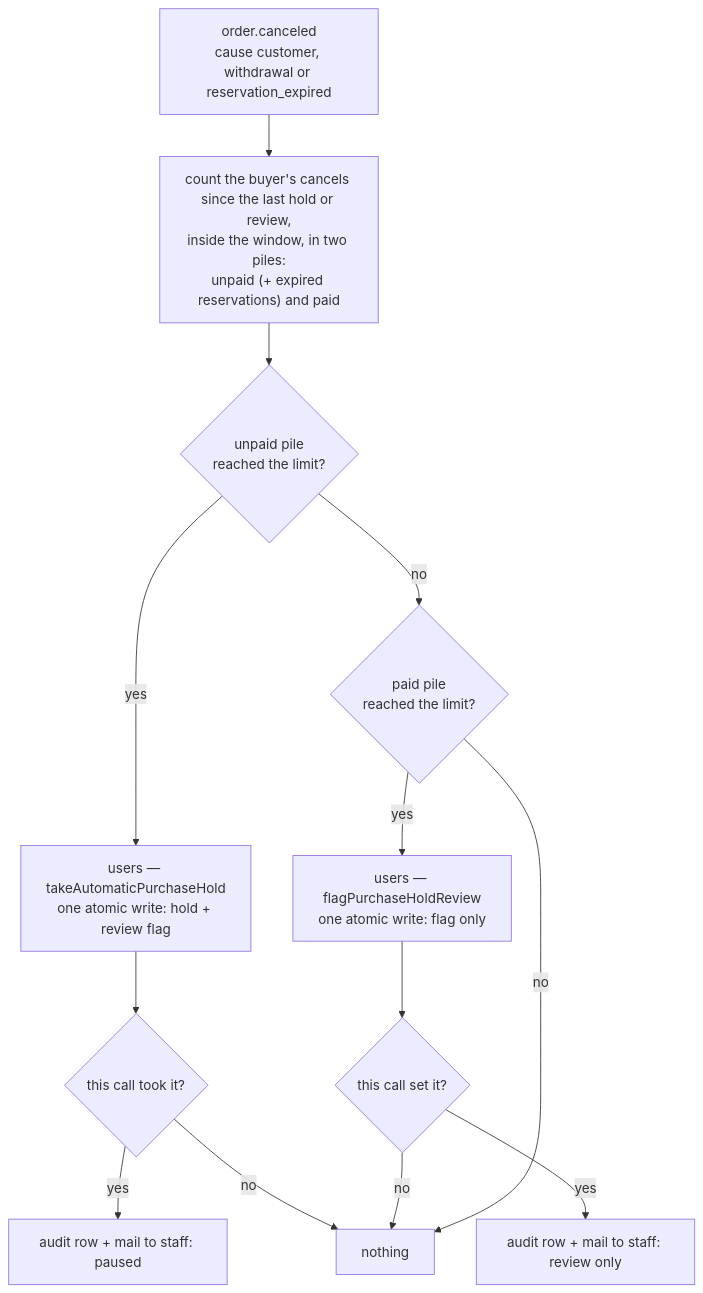
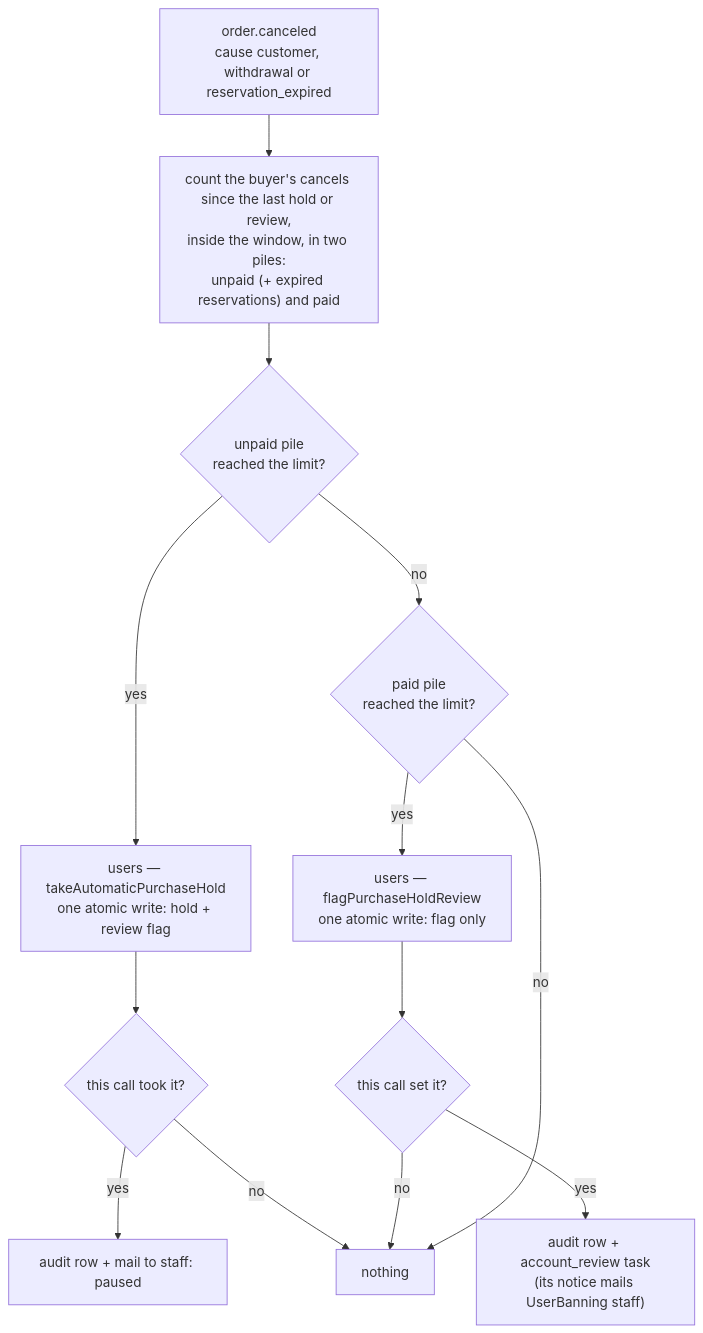
Before and after one commit to Guebbit/boilerplate-node-backend: the ninth of 9 diagrams in docs/modules/orders.md, drawn with Mermaid. The commit also changed other lines of this file, not shown here.

First line of the commit message:
docs(orders): a flag-only hold opens an account_review task whose notice mails staff

````diff
--- a/docs/modules/orders.md
+++ b/docs/modules/orders.md
@@ -809,15 +809,15 @@
 ```mermaid
 flowchart TD
     cancel["order.canceled<br/>cause customer, withdrawal or reservation_expired"] --> count["count the buyer's cancels since the last hold or review,<br/>inside the window, in two piles:<br/>unpaid (+ expired reservations) and paid"]
     count --> unpaid{"unpaid pile<br/>reached the limit?"}
     unpaid -- yes --> claim["users — takeAutomaticPurchaseHold<br/>one atomic write: hold + review flag"]
     claim --> won{"this call took it?"}
     won -- yes --> notify["audit row + mail to staff: paused"]
     won -- no --> done["nothing"]
     unpaid -- no --> paid{"paid pile<br/>reached the limit?"}
     paid -- yes --> flag["users — flagPurchaseHoldReview<br/>one atomic write: flag only"]
     flag --> flagged{"this call set it?"}
-    flagged -- yes --> notify2["audit row + mail to staff: review only"]
+    flagged -- yes --> notify2["audit row + account_review task<br/>(its notice mails UserBanning staff)"]
     flagged -- no --> done
     paid -- no --> done
 ```
````
